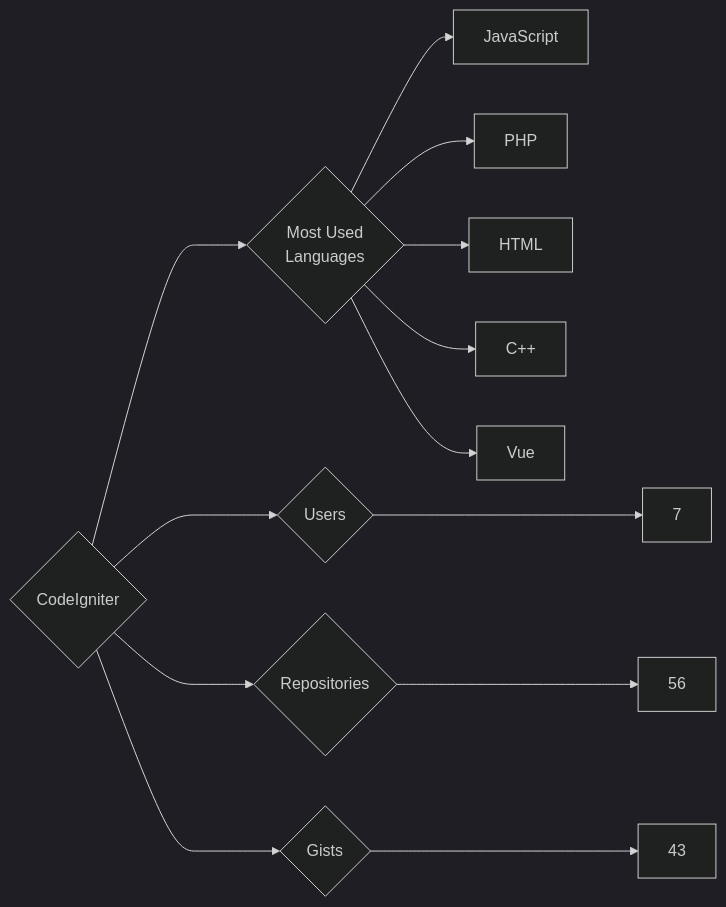
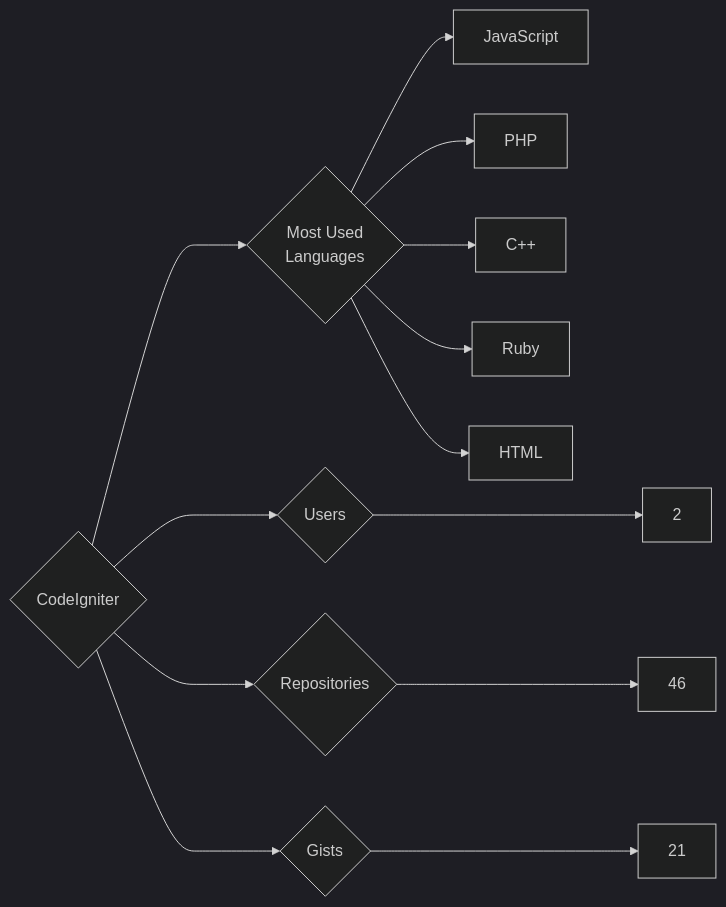
Before and after one commit to trickest/insiders: the diagram in targets/CodeIgniter/README.md, drawn with Mermaid (dark theme). The commit also changed 894 other files, not shown here.

````diff
--- a/targets/CodeIgniter/README.md
+++ b/targets/CodeIgniter/README.md
@@ -3,13 +3,13 @@
 ```mermaid
 graph LR
 COMPANY_NAME{CodeIgniter}
-COMPANY_NAME ---> U{Users} ---> UN[7]
-COMPANY_NAME ---> R{Repositories} ---> RN[56]
-COMPANY_NAME ---> G{Gists} ---> GN[43]
+COMPANY_NAME ---> U{Users} ---> UN[2]
+COMPANY_NAME ---> R{Repositories} ---> RN[46]
+COMPANY_NAME ---> G{Gists} ---> GN[21]
 COMPANY_NAME ---> ML{Most Used<br>Languages}
 ML --> JavaScript[JavaScript]
 ML --> PHP[PHP]
+ML --> C++[C++]
+ML --> Ruby[Ruby]
 ML --> HTML[HTML]
-ML --> C++[C++]
-ML --> Vue[Vue]
 ```
````
